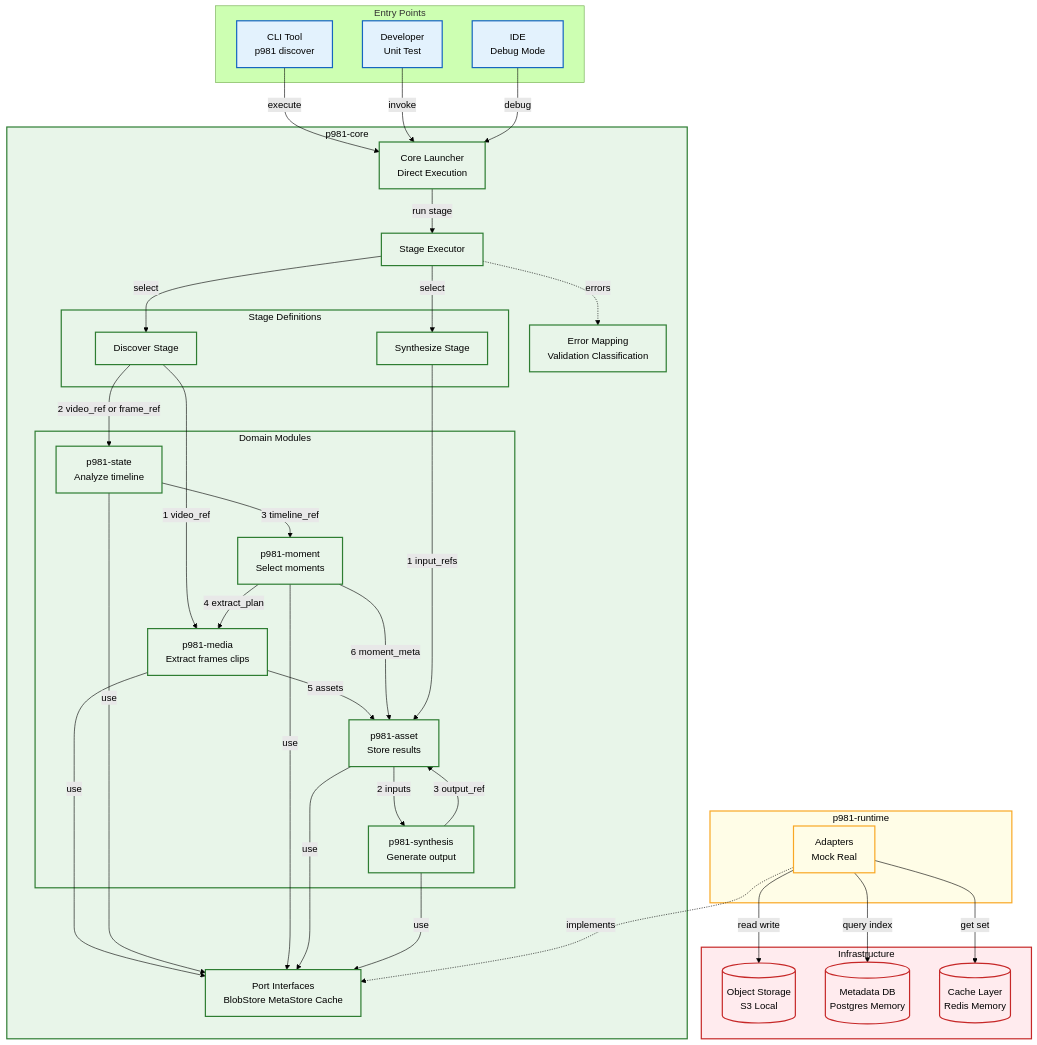
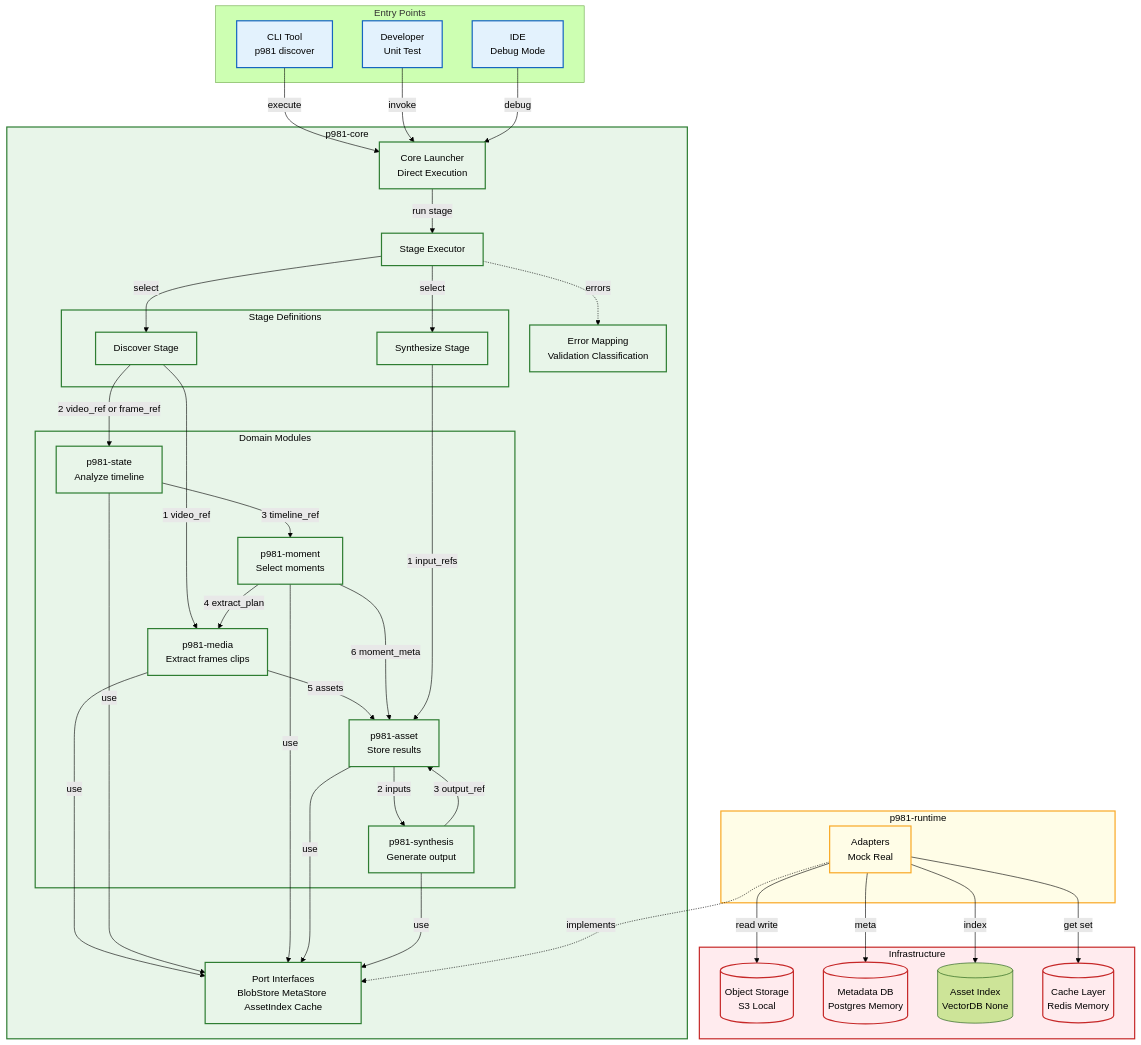
The diagram in specs/diagrams/overview.mmd (monolith-hyeonrae/portrait981), drawn with Mermaid (forest theme) before and after one commit. The commit also changed 12 other files, not shown here.

```diff
--- a/specs/diagrams/overview.mmd
+++ b/specs/diagrams/overview.mmd
@@ -1,86 +1,88 @@
 graph TB
   classDef entry fill:#e3f2fd,stroke:#1565c0,stroke-width:2px,color:#000
   classDef core fill:#e8f5e9,stroke:#2e7d32,stroke-width:2px,color:#000
   classDef runtime fill:#fffde7,stroke:#f9a825,stroke-width:2px,color:#000
   classDef infra fill:#ffebee,stroke:#c62828,stroke-width:2px,color:#000
 
   subgraph ENTRY["Entry Points"]
     CLI[CLI Tool<br/>p981 discover]
     DEV[Developer<br/>Unit Test]
     IDE[IDE<br/>Debug Mode]
   end
 
   subgraph CORE["p981-core"]
     LAUNCH[Core Launcher<br/>Direct Execution]
     EXEC[Stage Executor]
 
     subgraph STAGE["Stage Definitions"]
       DISC[Discover Stage]
       SYN[Synthesize Stage]
     end
 
     subgraph DOMAIN["Domain Modules"]
       MEDIA[p981-media<br/>Extract frames clips]
       STATE[p981-state<br/>Analyze timeline]
       MOMENT[p981-moment<br/>Select moments]
       ASSET[p981-asset<br/>Store results]
       SYNTH[p981-synthesis<br/>Generate output]
     end
 
-    PORTS[Port Interfaces<br/>BlobStore MetaStore Cache]
+    PORTS[Port Interfaces<br/>BlobStore MetaStore AssetIndex Cache]
     ERR[Error Mapping<br/>Validation Classification]
   end
 
   subgraph RUNTIME["p981-runtime"]
     ADAPTERS[Adapters<br/>Mock Real]
   end
 
   subgraph INFRA["Infrastructure"]
     OBJ[(Object Storage<br/>S3 Local)]
     META[(Metadata DB<br/>Postgres Memory)]
+    INDEX[(Asset Index<br/>VectorDB None)]
     CACHE[(Cache Layer<br/>Redis Memory)]
   end
 
   %% Entry to Core
   CLI -->|execute| LAUNCH
   DEV -->|invoke| LAUNCH
   IDE -->|debug| LAUNCH
 
   %% Core Execution
   LAUNCH -->|run stage| EXEC
   EXEC -->|select| DISC
   EXEC -->|select| SYN
   EXEC -.errors.-> ERR
 
   %% Discover Stage
   DISC -->|1 video_ref| MEDIA
   DISC -->|2 video_ref or frame_ref| STATE
   STATE -->|3 timeline_ref| MOMENT
   MOMENT -->|4 extract_plan| MEDIA
   MEDIA -->|5 assets| ASSET
   MOMENT -->|6 moment_meta| ASSET
 
   %% Synthesize Stage
   SYN -->|1 input_refs| ASSET
   ASSET -->|2 inputs| SYNTH
   SYNTH -->|3 output_ref| ASSET
 
   %% Domain to Ports
   MEDIA -->|use| PORTS
   STATE -->|use| PORTS
   MOMENT -->|use| PORTS
   ASSET -->|use| PORTS
   SYNTH -->|use| PORTS
 
   %% Adapters implement Ports
   ADAPTERS -.implements.-> PORTS
 
   %% Adapters to Infrastructure
   ADAPTERS -->|read write| OBJ
-  ADAPTERS -->|query index| META
+  ADAPTERS -->|meta| META
+  ADAPTERS -->|index| INDEX
   ADAPTERS -->|get set| CACHE
 
   class CLI,DEV,IDE entry
   class CORE,LAUNCH,EXEC,STAGE,DISC,SYN,DOMAIN,MEDIA,STATE,MOMENT,ASSET,SYNTH,PORTS,ERR core
   class RUNTIME,ADAPTERS runtime
   class INFRA,OBJ,META,CACHE infra
```
